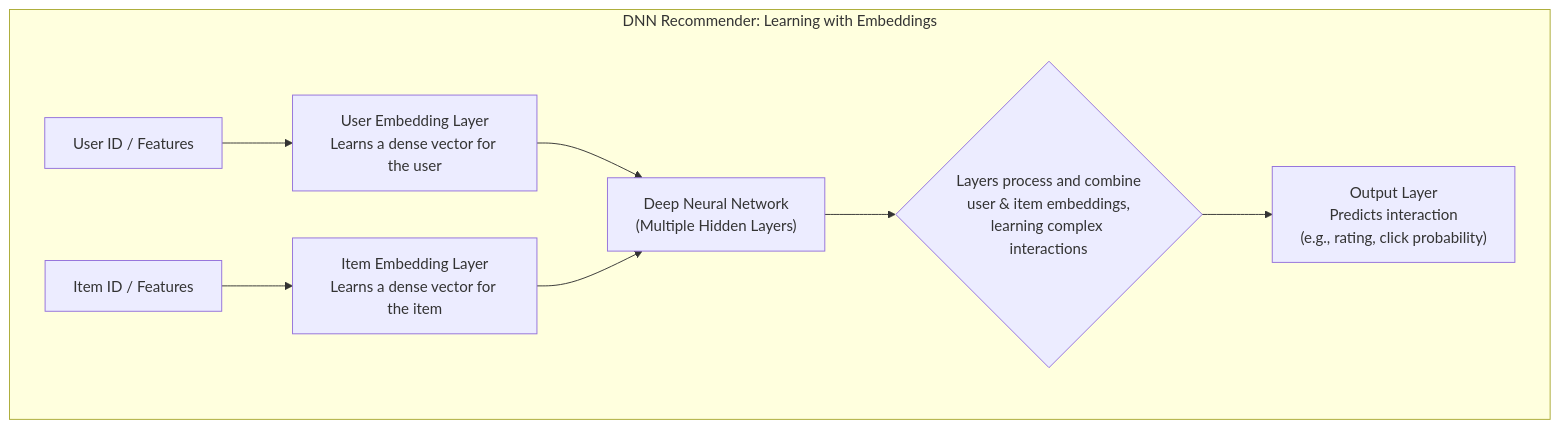
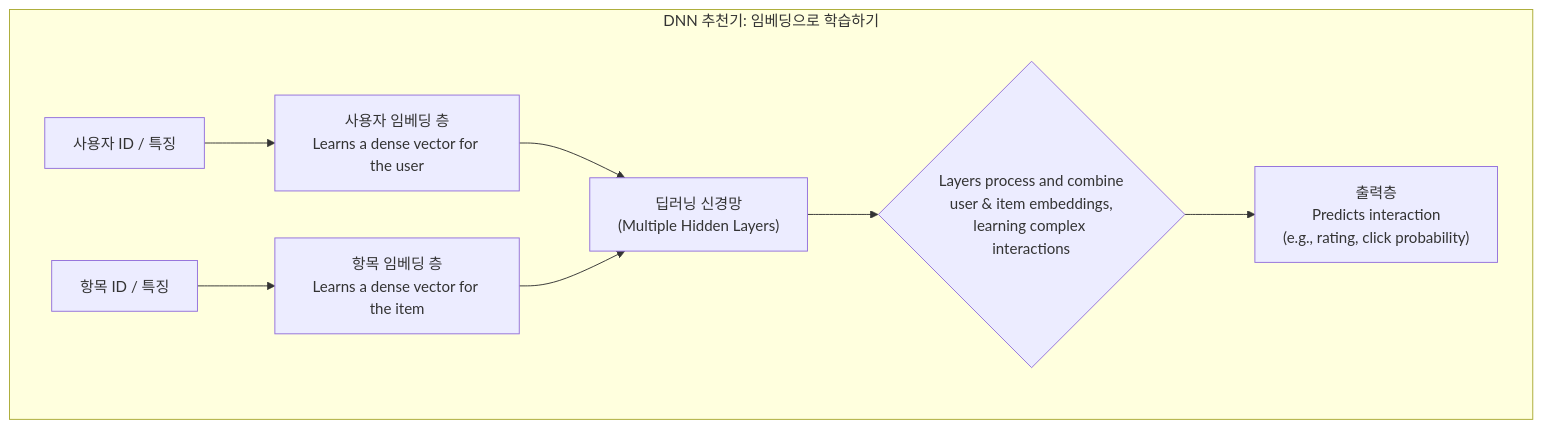
Before and after one commit to gh-shin/suggest-models-example: the seventh of 11 diagrams in ConstructivistLearningPath.md, drawn with Mermaid. The commit also changed other lines of this file and 1 other file, not shown here.

````diff
--- a/ConstructivistLearningPath.md
+++ b/ConstructivistLearningPath.md
@@ -252,13 +252,13 @@
     ```mermaid
     graph TD
-        subgraph "DNN Recommender: Learning with Embeddings"
-            U_Input["User ID / Features"] --> U_Embed["User Embedding Layer\nLearns a dense vector for the user"]
-            I_Input["Item ID / Features"] --> I_Embed["Item Embedding Layer\nLearns a dense vector for the item"]
+        subgraph "DNN 추천기: 임베딩으로 학습하기"
+            U_Input["사용자 ID / 특징"] --> U_Embed["사용자 임베딩 층\nLearns a dense vector for the user"]
+            I_Input["항목 ID / 특징"] --> I_Embed["항목 임베딩 층\nLearns a dense vector for the item"]
 
-            U_Embed --> Network_Core["Deep Neural Network\n(Multiple Hidden Layers)"]
+            U_Embed --> Network_Core["딥러닝 신경망\n(Multiple Hidden Layers)"]
             I_Embed --> Network_Core
 
             Network_Core --> Processing{"Layers process and combine\nuser & item embeddings,\nlearning complex interactions"}
-            Processing --> Output["Output Layer\nPredicts interaction\n(e.g., rating, click probability)"]
+            Processing --> Output["출력층\nPredicts interaction\n(e.g., rating, click probability)"]
         end
     ```
````
